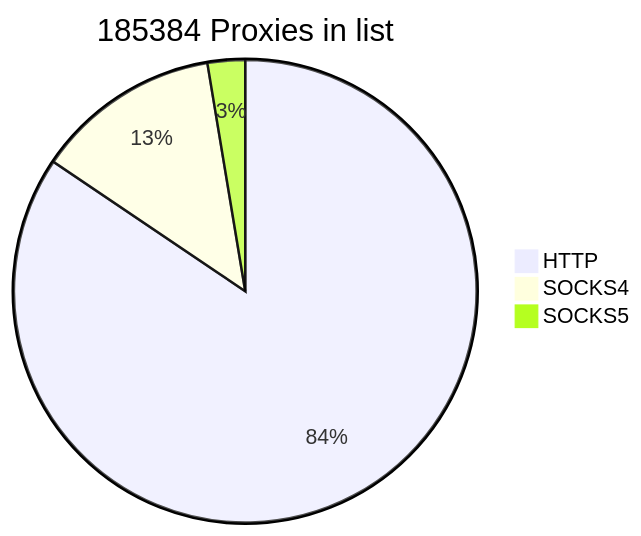
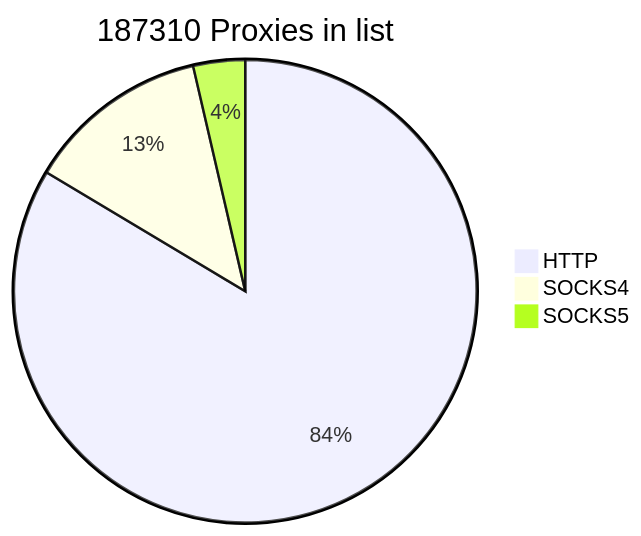
The first of 2 diagrams in README.md (cutipu/proxylist), drawn with Mermaid before and after one commit. The commit also changed other lines of this file, not shown here.

````diff
--- a/README.md
+++ b/README.md
@@ -2,7 +2,7 @@
 ```mermaid
-pie title 185384 Proxies in list
+pie title 187310 Proxies in list
     "HTTP" : 156553
-    "SOCKS4" : 23974
-    "SOCKS5" : 4857
+    "SOCKS4" : 23973
+    "SOCKS5" : 6784
             
 ```
````
